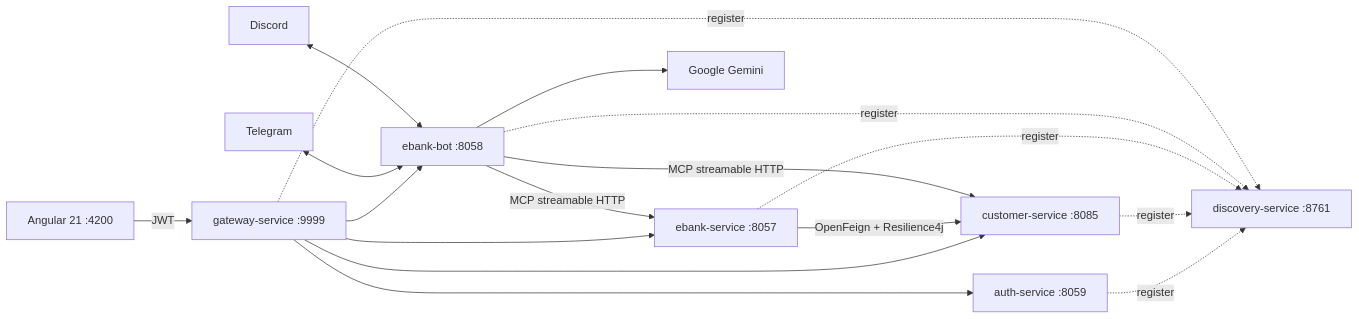
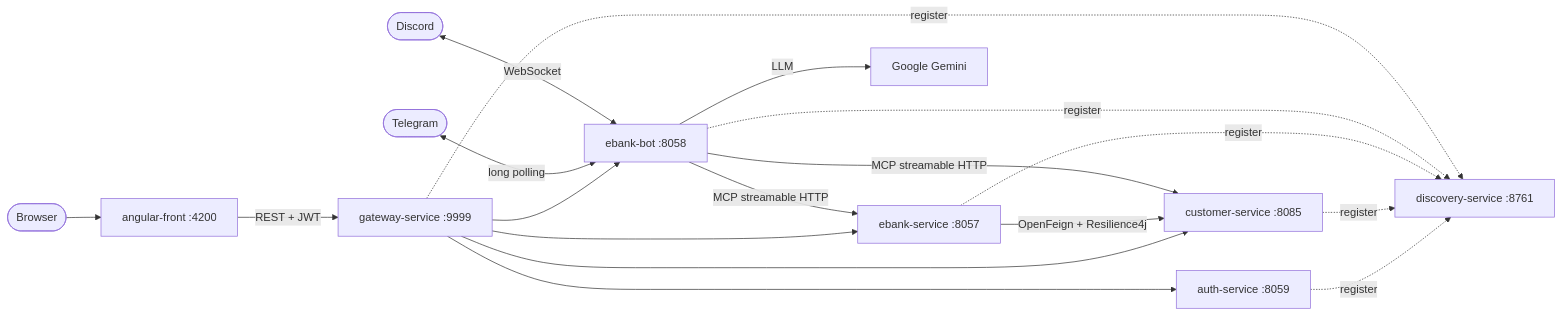
Before and after one commit to Mustapha-ELMIFDALI/Ebank-App-MicroServices: the first of 2 diagrams in README.md, drawn with Mermaid. The commit also changed other lines of this file, not shown here.

````diff
--- a/README.md
+++ b/README.md
@@ -12,15 +64,16 @@
 ```mermaid
 flowchart LR
-    WEB[Angular 21 :4200] -->|JWT| GW[gateway-service :9999]
+    U([Browser]) --> WEB[angular-front :4200]
+    WEB -->|REST + JWT| GW[gateway-service :9999]
     GW --> AUTH[auth-service :8059]
     GW --> CS[customer-service :8085]
     GW --> ES[ebank-service :8057]
     GW --> BOT[ebank-bot :8058]
     ES -->|OpenFeign + Resilience4j| CS
     BOT -->|MCP streamable HTTP| CS
     BOT -->|MCP streamable HTTP| ES
-    BOT --> LLM[Google Gemini]
-    TG[Telegram] <--> BOT
-    DC[Discord] <--> BOT
+    BOT -->|LLM| AI[Google Gemini]
+    TG([Telegram]) <-->|long polling| BOT
+    DC([Discord]) <-->|WebSocket| BOT
     AUTH & CS & ES & BOT & GW -.register.-> EU[discovery-service :8761]
 ```
````
